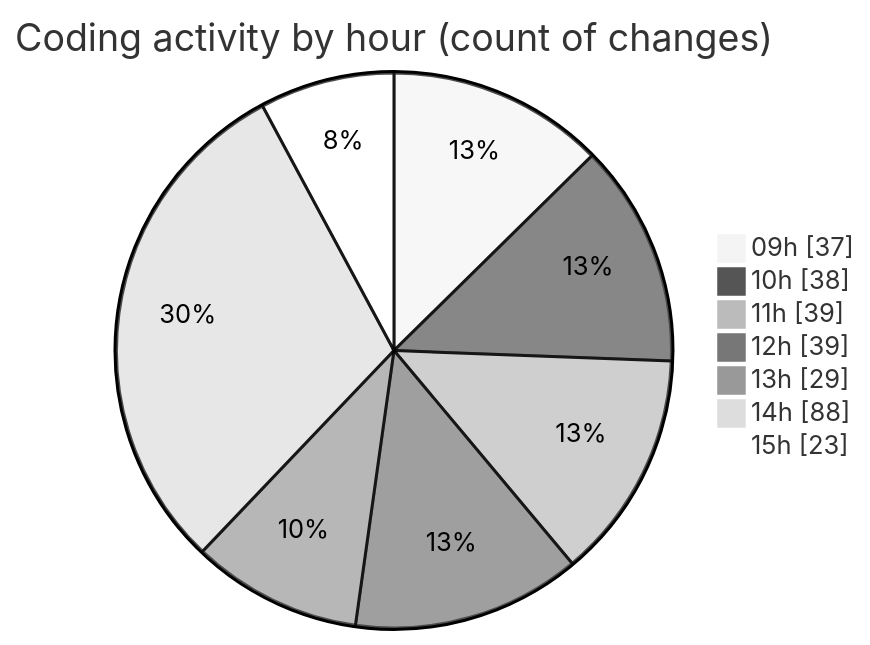
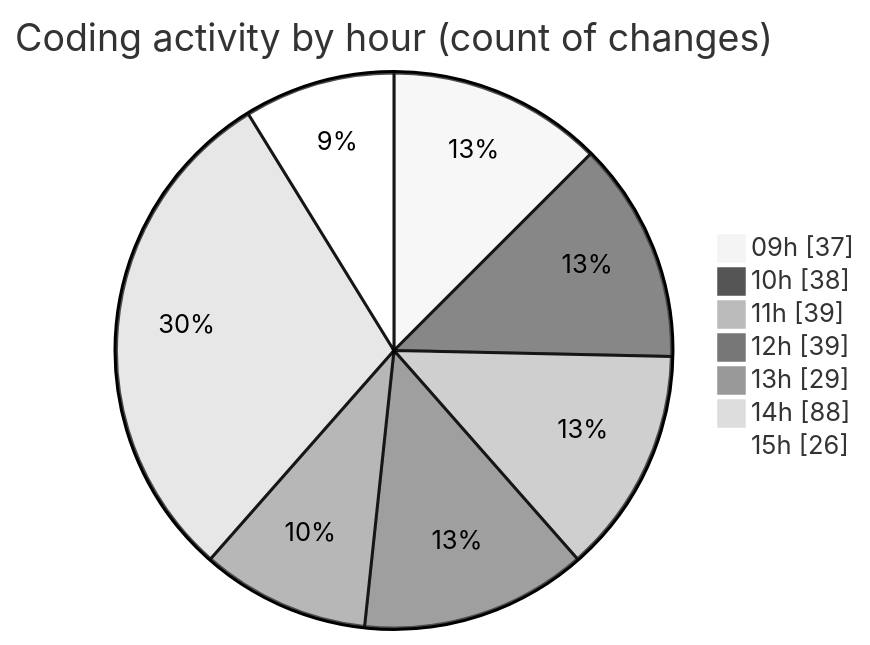
One commit to momahboobian/code-tracking changed the second of 2 diagrams in 2025-02-12/cda/README.md. Above: the diagram before and after it, drawn with Mermaid (neutral theme). The commit also changed other lines of this file and 1 other file, not shown here.

````diff
--- a/2025-02-12/cda/README.md
+++ b/2025-02-12/cda/README.md
@@ -46,11 +46,11 @@
 ```mermaid
 pie showData
 title Coding activity by hour (count of changes)
 "09h" : 37
 "10h" : 38
 "11h" : 39
 "12h" : 39
 "13h" : 29
 "14h" : 88
-"15h" : 23
+"15h" : 26
 ```
````
